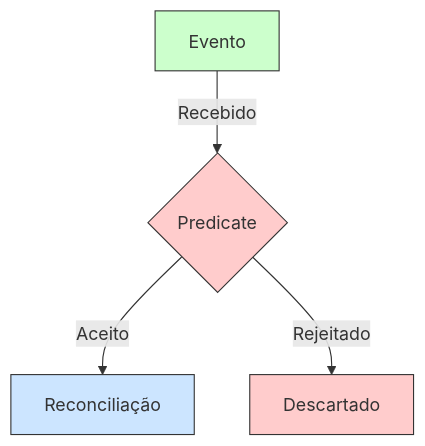
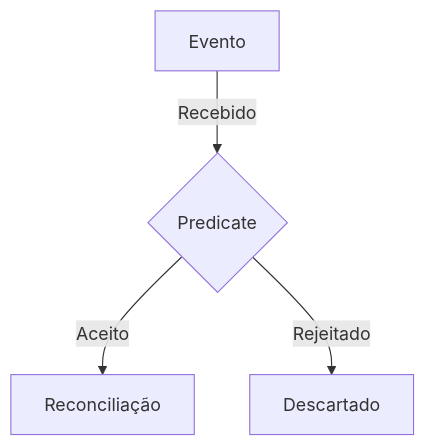
One commit to cloud104/tcloud-devops-k8s-operators-training changed the first of 3 diagrams in docs/extras/predicates-kubebuilder.md. Above: the diagram before and after it, drawn with Mermaid. The commit also changed other lines of this file and 6 other files, not shown here.

First line of the commit message:
docs: revisa material teorico, corrige APIs e melhora diagramas

````diff
--- a/docs/extras/predicates-kubebuilder.md
+++ b/docs/extras/predicates-kubebuilder.md
@@ -7,11 +6,6 @@
 ```mermaid
 flowchart TD
     E[Evento] -->|Recebido| P{Predicate}
     P -->|"Aceito"| R[Reconciliação]
     P -->|"Rejeitado"| D[Descartado]
-    
-    style E fill:#ccffcc,stroke:#333
-    style P fill:#ffcccc,stroke:#333
-    style R fill:#cce5ff,stroke:#333
-    style D fill:#ffcccc,stroke:#333
 ```
````
